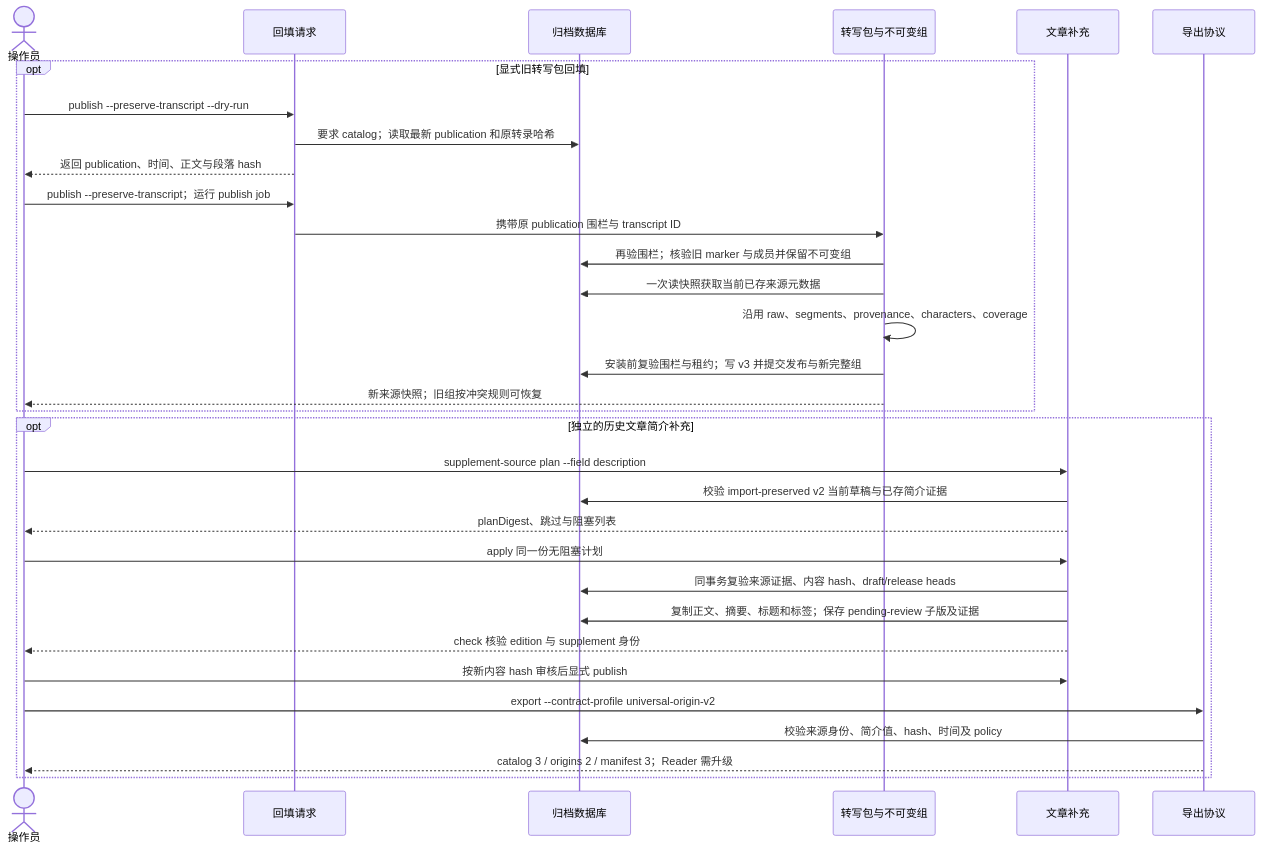
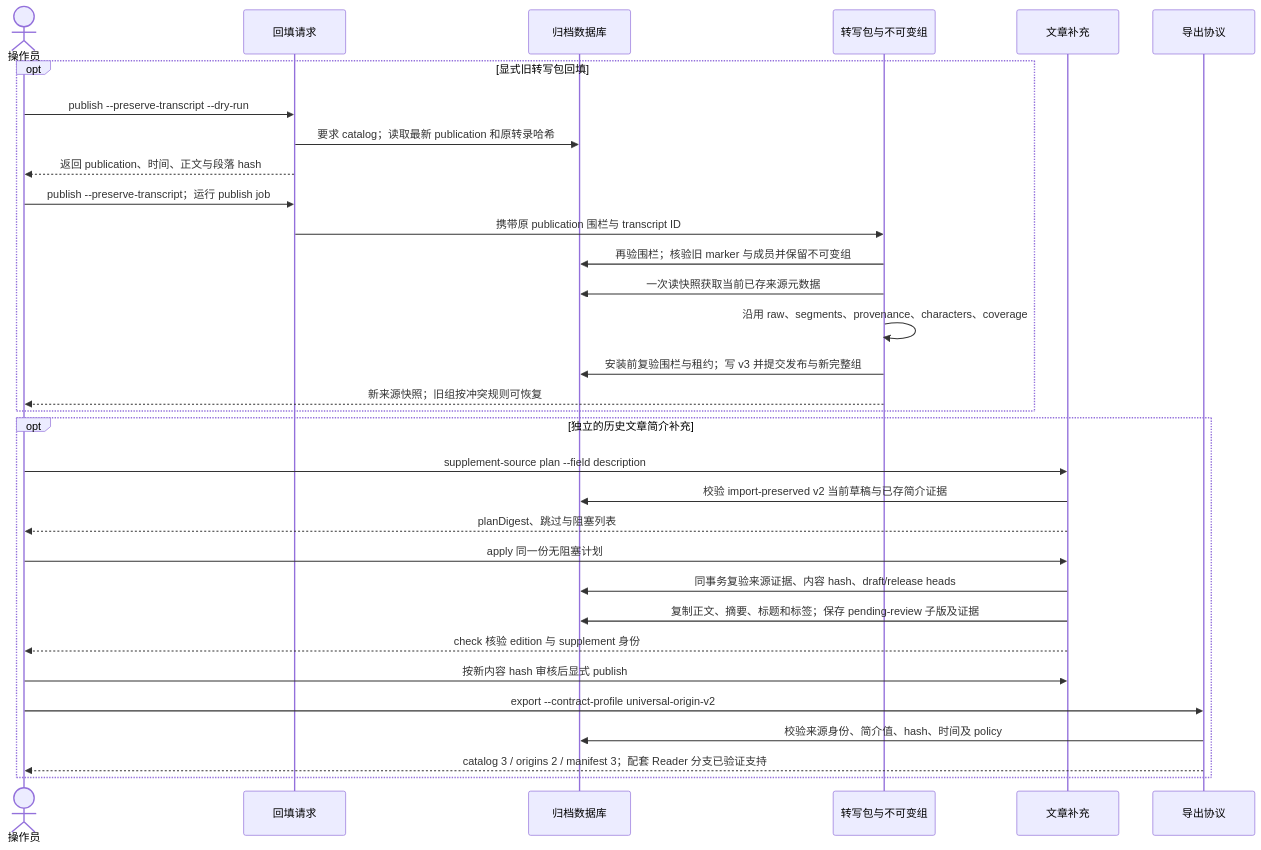
One commit to SuperCatQR/bilibili-asr-archive changed the diagram in docs/31-source-metadata-migration.md. Above: the diagram before and after it, drawn with Mermaid. The commit also changed other lines of this file and 119 other files, not shown here.

First line of the commit message:
docs: pin reliability fixes and refresh architecture evidence

````diff
--- a/docs/31-source-metadata-migration.md
+++ b/docs/31-source-metadata-migration.md
@@ -8,34 +8,34 @@
 ```mermaid
 sequenceDiagram
     actor Operator as 操作员
     participant Workflow as 回填请求
     participant DB as 归档数据库
     participant Bundle as 转写包与不可变组
     participant Article as 文章补充
     participant Export as 导出协议
     opt 显式旧转写包回填
         Operator->>Workflow: publish --preserve-transcript --dry-run
         Workflow->>DB: 要求 catalog；读取最新 publication 和原转录哈希
         Workflow-->>Operator: 返回 publication、时间、正文与段落 hash
         Operator->>Workflow: publish --preserve-transcript；运行 publish job
         Workflow->>Bundle: 携带原 publication 围栏与 transcript ID
         Bundle->>DB: 再验围栏；核验旧 marker 与成员并保留不可变组
         Bundle->>DB: 一次读快照获取当前已存来源元数据
         Bundle->>Bundle: 沿用 raw、segments、provenance、characters、coverage
         Bundle->>DB: 安装前复验围栏与租约；写 v3 并提交发布与新完整组
         Bundle-->>Operator: 新来源快照；旧组按冲突规则可恢复
     end
     opt 独立的历史文章简介补充
         Operator->>Article: supplement-source plan --field description
         Article->>DB: 校验 import-preserved v2 当前草稿与已存简介证据
         Article-->>Operator: planDigest、跳过与阻塞列表
         Operator->>Article: apply 同一份无阻塞计划
         Article->>DB: 同事务复验来源证据、内容 hash、draft/release heads
         Article->>DB: 复制正文、摘要、标题和标签；保存 pending-review 子版及证据
         Article-->>Operator: check 核验 edition 与 supplement 身份
         Operator->>Article: 按新内容 hash 审核后显式 publish
         Operator->>Export: export --contract-profile universal-origin-v2
         Export->>DB: 校验来源身份、简介值、hash、时间及 policy
-        Export-->>Operator: catalog 3 / origins 2 / manifest 3；Reader 需升级
+        Export-->>Operator: catalog 3 / origins 2 / manifest 3；配套 Reader 分支已验证支持
     end
 ```
````
